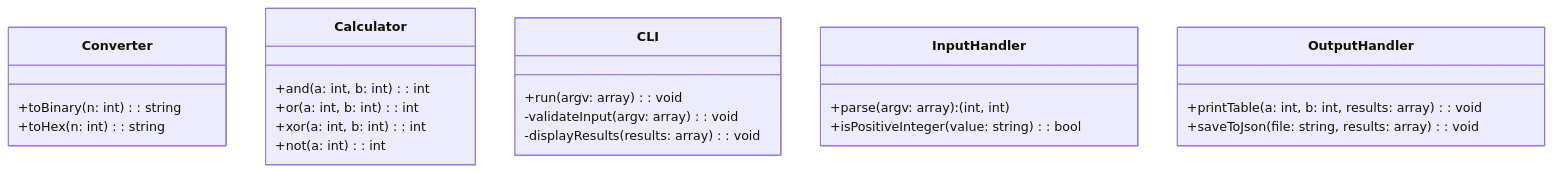
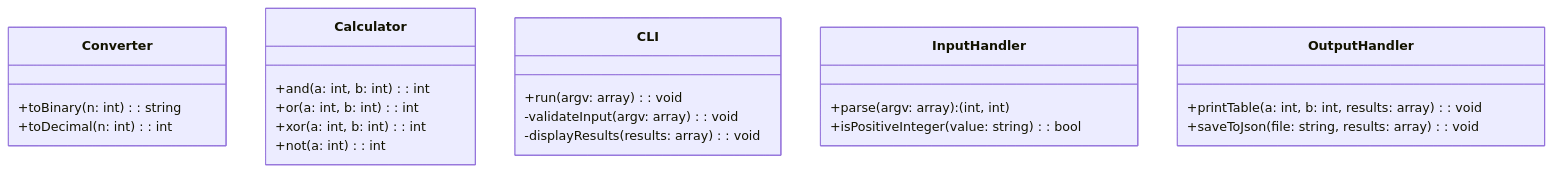
Before and after one commit to AZIZ-Soufiane/Converter: the diagram in Conception/Diagram.mmd, drawn with Mermaid. The commit also changed 2 other files, not shown here.

```diff
--- a/Conception/Diagram.mmd
+++ b/Conception/Diagram.mmd
@@ -1,28 +1,28 @@
 classDiagram
     class Converter {
         +toBinary(n: int): string
-        +toHex(n: int): string
+        +toDecimal(n: int): int
     }
 
     class Calculator {
         +and(a: int, b: int): int
         +or(a: int, b: int): int
         +xor(a: int, b: int): int
         +not(a: int): int
     }
 
     class CLI {
         +run(argv: array): void
         -validateInput(argv: array): void
         -displayResults(results: array): void
     }
 
     class InputHandler {
         +parse(argv: array): (int, int)
         +isPositiveInteger(value: string): bool
     }
 
     class OutputHandler {
         +printTable(a: int, b: int, results: array): void
         +saveToJson(file: string, results: array): void
     }
```
